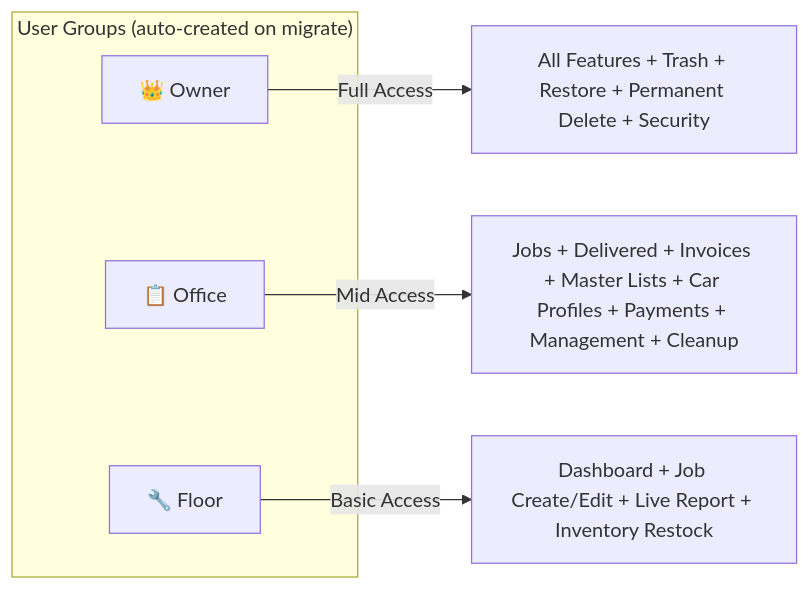
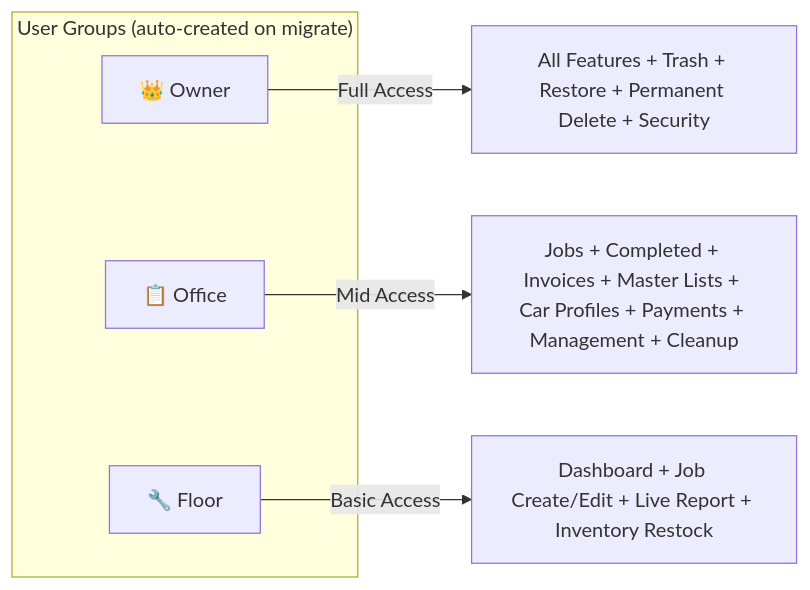
One commit to Irshaduu/WorkshopOS changed the third of 6 diagrams in MASTER_BLUEPRINT.md. Above: the diagram before and after it, drawn with Mermaid. The commit also changed other lines of this file and 39 other files, not shown here.

First line of the commit message:
refactor: rename job-card "Delivered" status to "Completed"; fix bill-number sequencing past 999

````diff
--- a/MASTER_BLUEPRINT.md
+++ b/MASTER_BLUEPRINT.md
@@ -133,12 +133,12 @@
 ```mermaid
 graph LR
     subgraph ROLES["User Groups (auto-created on migrate)"]
         OWNER["👑 Owner"]
         OFFICE["📋 Office"]
         FLOOR["🔧 Floor"]
     end
 
     OWNER -->|"Full Access"| ALL["All Features + Trash + Restore + Permanent Delete + Security"]
-    OFFICE -->|"Mid Access"| MID["Jobs + Delivered + Invoices + Master Lists + Car Profiles + Payments + Management + Cleanup"]
+    OFFICE -->|"Mid Access"| MID["Jobs + Completed + Invoices + Master Lists + Car Profiles + Payments + Management + Cleanup"]
     FLOOR -->|"Basic Access"| LOW["Dashboard + Job Create/Edit + Live Report + Inventory Restock"]
 ```
````
